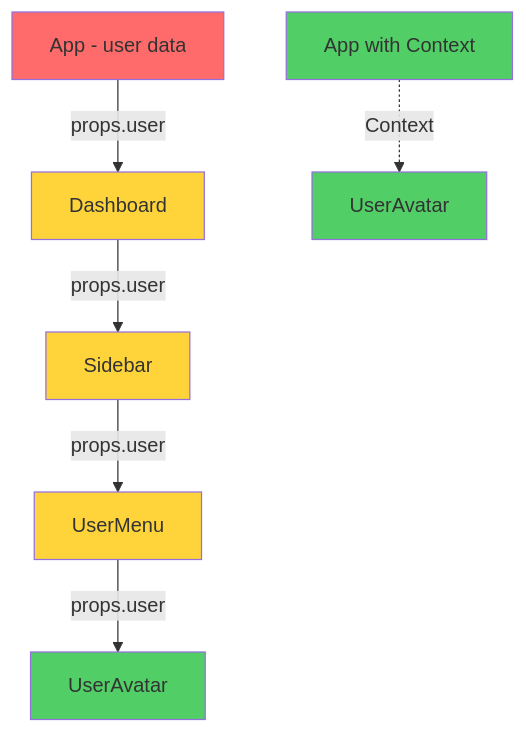
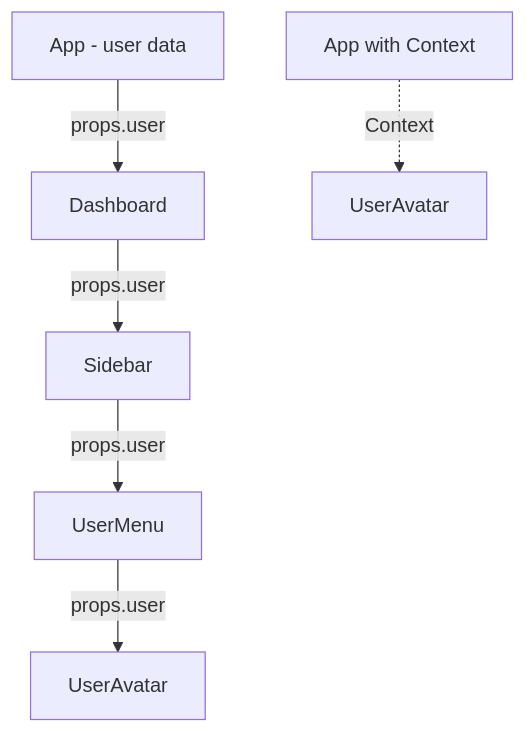
One commit to BabaScience/react-guides changed the third of 12 diagrams in arguments/chapters/03-component-patterns-best-practices.md. Above: the diagram before and after it, drawn with Mermaid. The commit also changed other lines of this file and 29 other files, not shown here.

First line of the commit message:
Bring React FR/IT translations to full English parity + theme-safe diagrams

````diff
--- a/arguments/chapters/03-component-patterns-best-practices.md
+++ b/arguments/chapters/03-component-patterns-best-practices.md
@@ -272,17 +267,10 @@
 ```mermaid
 graph TD
     A[App - user data] -->|props.user| B[Dashboard]
     B -->|props.user| C[Sidebar]
     C -->|props.user| D[UserMenu]
     D -->|props.user| E[UserAvatar]
     
-    style A fill:#ff6b6b
-    style B fill:#ffd43b
-    style C fill:#ffd43b
-    style D fill:#ffd43b
-    style E fill:#51cf66
     
     F[App with Context] -.Context.-> G[UserAvatar]
-    style F fill:#51cf66
-    style G fill:#51cf66
 ```
````
